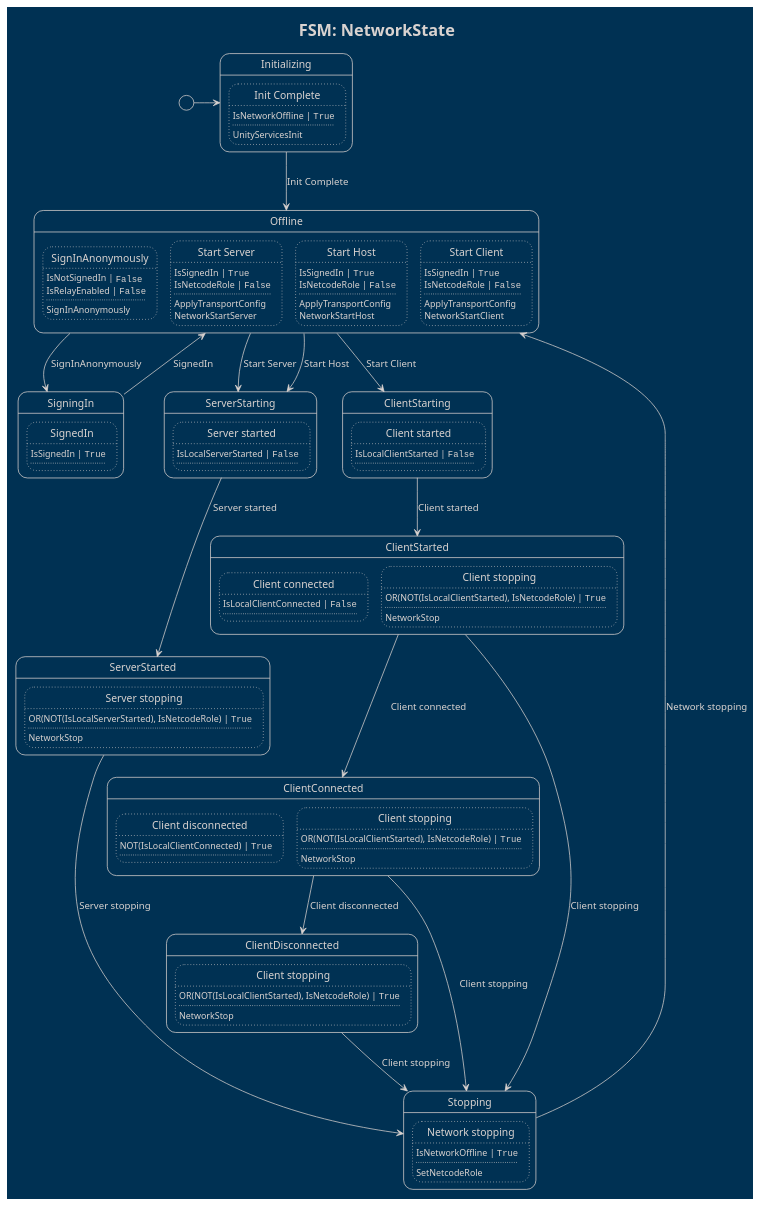
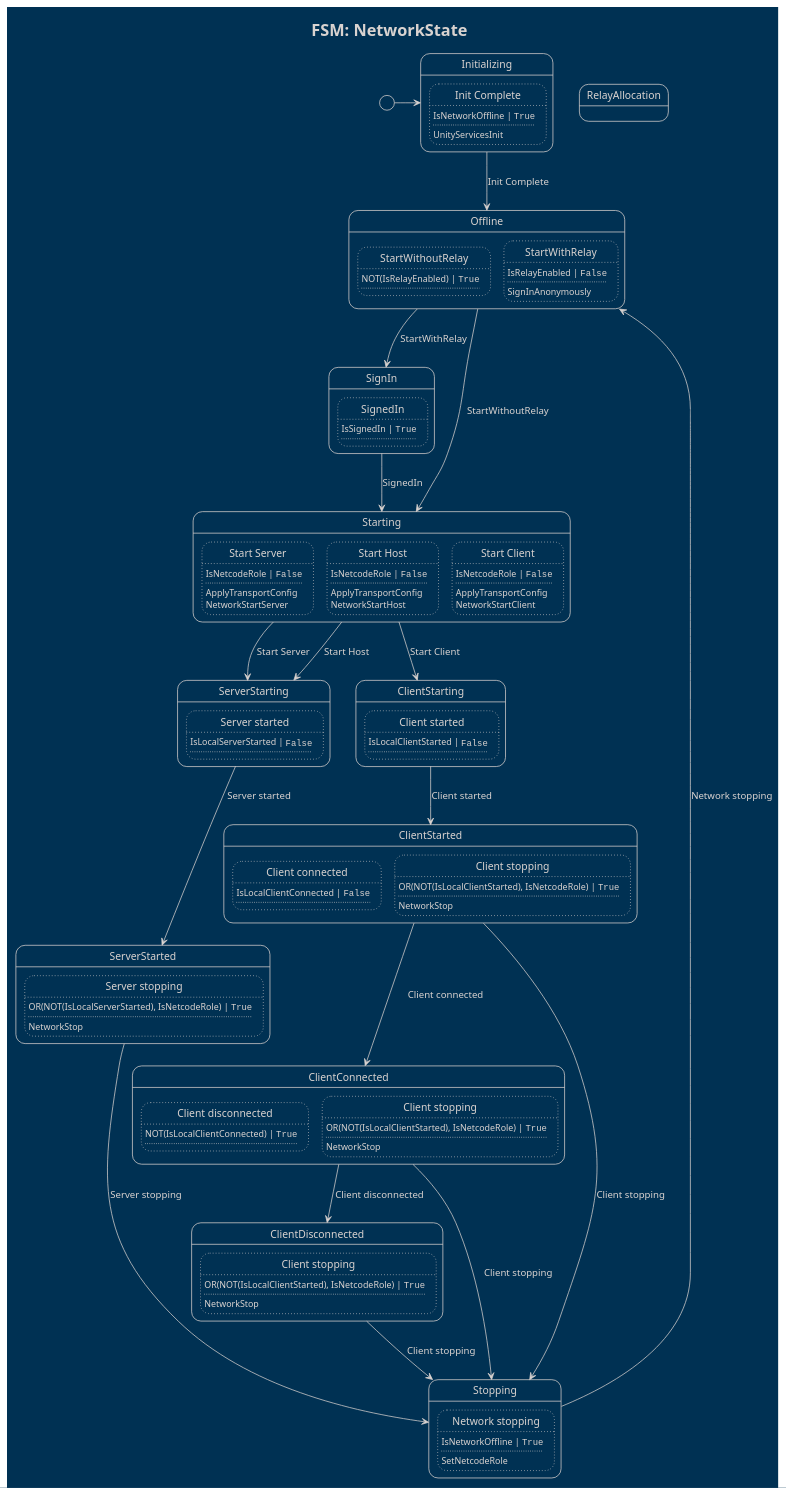
One commit to CodeSmile-0000011110110111/WriteBetterNetcode changed the diagram in PlantUML Diagrams/CodeSmile.BetterNetcode.Network.NetworkState.puml. Above: the diagram before and after it, drawn with PlantUML. The commit also changed 47 other files, not shown here.

```diff
--- a/PlantUML Diagrams/CodeSmile.BetterNetcode.Network.NetworkState.puml
+++ b/PlantUML Diagrams/CodeSmile.BetterNetcode.Network.NetworkState.puml
@@ -1,150 +1,158 @@
 @startuml
 
 !theme blueprint
 hide empty description
 
 title FSM: NetworkState
 
 state "Initializing" as state0
 state state0 {
 	state "Init Complete" as state0_trans0
 	state state0_trans0 #line.dotted {
 		state0_trans0 : IsNetworkOffline | ""True""
 		state0_trans0 : ....
 		state0_trans0 : UnityServicesInit
 	}
 }
 state "Offline" as state1
 state state1 {
-	state "SignInAnonymously" as state1_trans0
+	state "StartWithoutRelay" as state1_trans0
 	state state1_trans0 #line.dotted {
-		state1_trans0 : IsNotSignedIn | ""False""
-		state1_trans0 : IsRelayEnabled | ""False""
+		state1_trans0 : NOT(IsRelayEnabled) | ""True""
 		state1_trans0 : ....
-		state1_trans0 : SignInAnonymously
 	}
-	state "Start Server" as state1_trans1
+	state "StartWithRelay" as state1_trans1
 	state state1_trans1 #line.dotted {
-		state1_trans1 : IsSignedIn | ""True""
-		state1_trans1 : IsNetcodeRole | ""False""
+		state1_trans1 : IsRelayEnabled | ""False""
 		state1_trans1 : ....
-		state1_trans1 : ApplyTransportConfig
-		state1_trans1 : NetworkStartServer
-	}
-	state "Start Host" as state1_trans2
-	state state1_trans2 #line.dotted {
-		state1_trans2 : IsSignedIn | ""True""
-		state1_trans2 : IsNetcodeRole | ""False""
-		state1_trans2 : ....
-		state1_trans2 : ApplyTransportConfig
-		state1_trans2 : NetworkStartHost
-	}
-	state "Start Client" as state1_trans3
-	state state1_trans3 #line.dotted {
-		state1_trans3 : IsSignedIn | ""True""
-		state1_trans3 : IsNetcodeRole | ""False""
-		state1_trans3 : ....
-		state1_trans3 : ApplyTransportConfig
-		state1_trans3 : NetworkStartClient
+		state1_trans1 : SignInAnonymously
 	}
 }
-state "SigningIn" as state2
+state "SignIn" as state2
 state state2 {
 	state "SignedIn" as state2_trans0
 	state state2_trans0 #line.dotted {
 		state2_trans0 : IsSignedIn | ""True""
 		state2_trans0 : ....
 	}
 }
-state "ServerStarting" as state3
+state "RelayAllocation" as state3
 state state3 {
-	state "Server started" as state3_trans0
-	state state3_trans0 #line.dotted {
-		state3_trans0 : IsLocalServerStarted | ""False""
-		state3_trans0 : ....
+}
+state "Starting" as state4
+state state4 {
+	state "Start Server" as state4_trans0
+	state state4_trans0 #line.dotted {
+		state4_trans0 : IsNetcodeRole | ""False""
+		state4_trans0 : ....
+		state4_trans0 : ApplyTransportConfig
+		state4_trans0 : NetworkStartServer
+	}
+	state "Start Host" as state4_trans1
+	state state4_trans1 #line.dotted {
+		state4_trans1 : IsNetcodeRole | ""False""
+		state4_trans1 : ....
+		state4_trans1 : ApplyTransportConfig
+		state4_trans1 : NetworkStartHost
+	}
+	state "Start Client" as state4_trans2
+	state state4_trans2 #line.dotted {
+		state4_trans2 : IsNetcodeRole | ""False""
+		state4_trans2 : ....
+		state4_trans2 : ApplyTransportConfig
+		state4_trans2 : NetworkStartClient
 	}
 }
-state "ServerStarted" as state4
-state state4 {
-	state "Server stopping" as state4_trans0
-	state state4_trans0 #line.dotted {
-		state4_trans0 : OR(NOT(IsLocalServerStarted), IsNetcodeRole) | ""True""
-		state4_trans0 : ....
-		state4_trans0 : NetworkStop
-	}
-}
-state "ClientStarting" as state5
+state "ServerStarting" as state5
 state state5 {
-	state "Client started" as state5_trans0
+	state "Server started" as state5_trans0
 	state state5_trans0 #line.dotted {
-		state5_trans0 : IsLocalClientStarted | ""False""
+		state5_trans0 : IsLocalServerStarted | ""False""
 		state5_trans0 : ....
 	}
 }
-state "ClientStarted" as state6
+state "ServerStarted" as state6
 state state6 {
-	state "Client connected" as state6_trans0
+	state "Server stopping" as state6_trans0
 	state state6_trans0 #line.dotted {
-		state6_trans0 : IsLocalClientConnected | ""False""
+		state6_trans0 : OR(NOT(IsLocalServerStarted), IsNetcodeRole) | ""True""
 		state6_trans0 : ....
-	}
-	state "Client stopping" as state6_trans1
-	state state6_trans1 #line.dotted {
-		state6_trans1 : OR(NOT(IsLocalClientStarted), IsNetcodeRole) | ""True""
-		state6_trans1 : ....
-		state6_trans1 : NetworkStop
+		state6_trans0 : NetworkStop
 	}
 }
-state "ClientConnected" as state7
+state "ClientStarting" as state7
 state state7 {
-	state "Client disconnected" as state7_trans0
+	state "Client started" as state7_trans0
 	state state7_trans0 #line.dotted {
-		state7_trans0 : NOT(IsLocalClientConnected) | ""True""
+		state7_trans0 : IsLocalClientStarted | ""False""
 		state7_trans0 : ....
 	}
-	state "Client stopping" as state7_trans1
-	state state7_trans1 #line.dotted {
-		state7_trans1 : OR(NOT(IsLocalClientStarted), IsNetcodeRole) | ""True""
-		state7_trans1 : ....
-		state7_trans1 : NetworkStop
+}
+state "ClientStarted" as state8
+state state8 {
+	state "Client connected" as state8_trans0
+	state state8_trans0 #line.dotted {
+		state8_trans0 : IsLocalClientConnected | ""False""
+		state8_trans0 : ....
+	}
+	state "Client stopping" as state8_trans1
+	state state8_trans1 #line.dotted {
+		state8_trans1 : OR(NOT(IsLocalClientStarted), IsNetcodeRole) | ""True""
+		state8_trans1 : ....
+		state8_trans1 : NetworkStop
 	}
 }
-state "ClientDisconnected" as state8
-state state8 {
-	state "Client stopping" as state8_trans0
-	state state8_trans0 #line.dotted {
-		state8_trans0 : OR(NOT(IsLocalClientStarted), IsNetcodeRole) | ""True""
-		state8_trans0 : ....
-		state8_trans0 : NetworkStop
+state "ClientConnected" as state9
+state state9 {
+	state "Client disconnected" as state9_trans0
+	state state9_trans0 #line.dotted {
+		state9_trans0 : NOT(IsLocalClientConnected) | ""True""
+		state9_trans0 : ....
+	}
+	state "Client stopping" as state9_trans1
+	state state9_trans1 #line.dotted {
+		state9_trans1 : OR(NOT(IsLocalClientStarted), IsNetcodeRole) | ""True""
+		state9_trans1 : ....
+		state9_trans1 : NetworkStop
 	}
 }
-state "Stopping" as state9
-state state9 {
-	state "Network stopping" as state9_trans0
-	state state9_trans0 #line.dotted {
-		state9_trans0 : IsNetworkOffline | ""True""
-		state9_trans0 : ....
-		state9_trans0 : SetNetcodeRole
+state "ClientDisconnected" as state10
+state state10 {
+	state "Client stopping" as state10_trans0
+	state state10_trans0 #line.dotted {
+		state10_trans0 : OR(NOT(IsLocalClientStarted), IsNetcodeRole) | ""True""
+		state10_trans0 : ....
+		state10_trans0 : NetworkStop
+	}
+}
+state "Stopping" as state11
+state state11 {
+	state "Network stopping" as state11_trans0
+	state state11_trans0 #line.dotted {
+		state11_trans0 : IsNetworkOffline | ""True""
+		state11_trans0 : ....
+		state11_trans0 : SetNetcodeRole
 	}
 }
 
 
 [*] -> state0
 state0 --> state1 : Init Complete
-state1 --> state2 : SignInAnonymously
-state1 --> state3 : Start Server
-state1 --> state3 : Start Host
-state1 --> state5 : Start Client
-state2 --> state1 : SignedIn
-state3 --> state4 : Server started
-state4 --> state9 : Server stopping
-state5 --> state6 : Client started
-state6 --> state7 : Client connected
-state6 --> state9 : Client stopping
-state7 --> state8 : Client disconnected
-state7 --> state9 : Client stopping
-state8 --> state9 : Client stopping
-state9 --> state1 : Network stopping
+state1 --> state4 : StartWithoutRelay
+state1 --> state2 : StartWithRelay
+state2 --> state4 : SignedIn
+state4 --> state5 : Start Server
+state4 --> state5 : Start Host
+state4 --> state7 : Start Client
+state5 --> state6 : Server started
+state6 --> state11 : Server stopping
+state7 --> state8 : Client started
+state8 --> state9 : Client connected
+state8 --> state11 : Client stopping
+state9 --> state10 : Client disconnected
+state9 --> state11 : Client stopping
+state10 --> state11 : Client stopping
+state11 --> state1 : Network stopping
 
 
 @enduml
```
